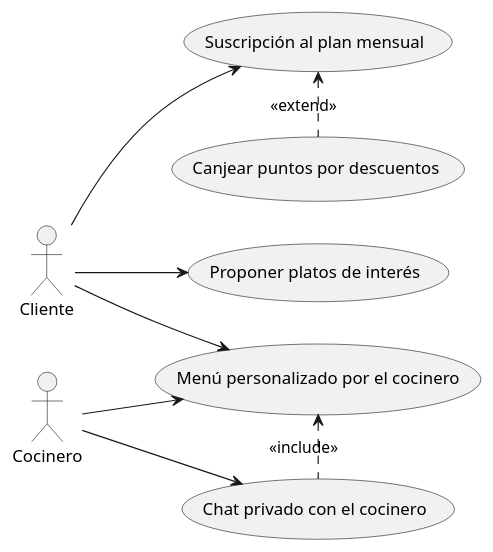
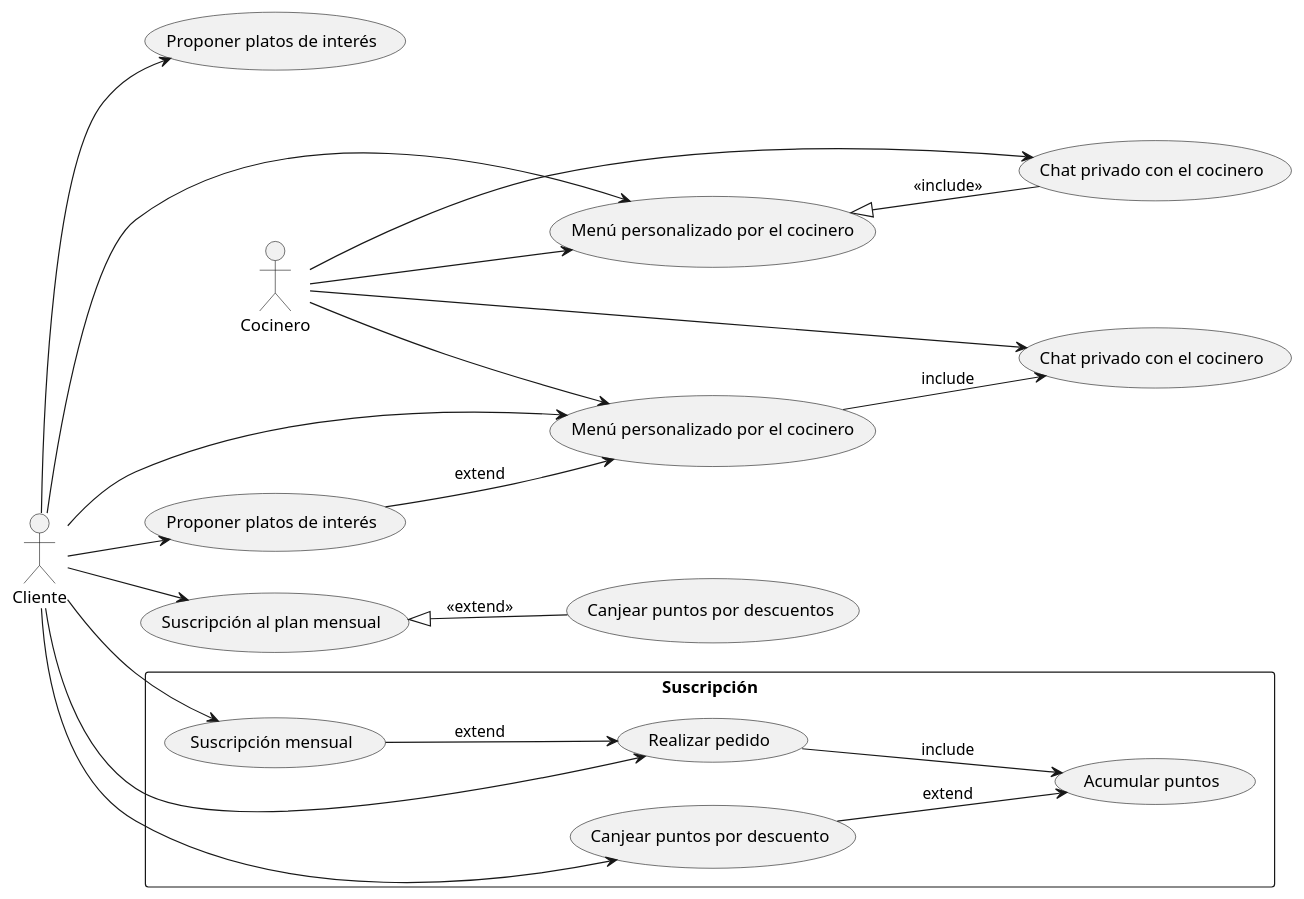
Before and after one commit to dabien3/ES25UAB-511-05: the diagram in documents/Diagrames Casos d'Us/Code Plantuml/code_bloq6.pUML, drawn with PlantUML.

```diff
--- a/documents/Diagrames Casos d'Us/Code Plantuml/code_bloq6.pUML
+++ b/documents/Diagrames Casos d'Us/Code Plantuml/code_bloq6.pUML
@@ -1,21 +1,48 @@
 @startuml
 left to right direction
+skinparam packageStyle rectangle
 
 actor Cliente
 actor Cocinero
+actor Cliente as Cliente
+actor Cocinero as Cocinero
 
 usecase "Proponer platos de interés" as ProponerPlatos
 usecase "Chat privado con el cocinero" as ChatCocinero
 usecase "Menú personalizado por el cocinero" as MenuPersonalizado
 usecase "Suscripción al plan mensual" as PlanMensual
 usecase "Canjear puntos por descuentos" as CanjearPuntos
+usecase "Proponer platos de interés" as CU1
+usecase "Chat privado con el cocinero" as CU2
+usecase "Menú personalizado por el cocinero" as CU3
 
 Cliente --> ProponerPlatos
 Cliente --> MenuPersonalizado
 Cliente --> PlanMensual
+rectangle "Suscripción" {
+  usecase "Suscripción mensual" as CU4
+  usecase "Realizar pedido" as CU5
+  usecase "Acumular puntos" as CU6
+  usecase "Canjear puntos por descuento" as CU7
 
-MenuPersonalizado <. ChatCocinero : <<include>>
-PlanMensual <. CanjearPuntos : <<extend>>
+  CU5 --> CU6 : include
+  CU7 --> CU6 : extend
+  CU4 --> CU5 : extend
+}
+
+MenuPersonalizado <|-- ChatCocinero : <<include>>
+PlanMensual <|-- CanjearPuntos : <<extend>>
 Cocinero --> ChatCocinero
 Cocinero --> MenuPersonalizado
+Cliente --> CU1
+Cliente --> CU3
+Cliente --> CU4
+Cliente --> CU5
+Cliente --> CU7
+
+Cocinero --> CU2
+Cocinero --> CU3
+
+CU3 --> CU2 : include
+CU1 --> CU3 : extend
 @enduml
```
